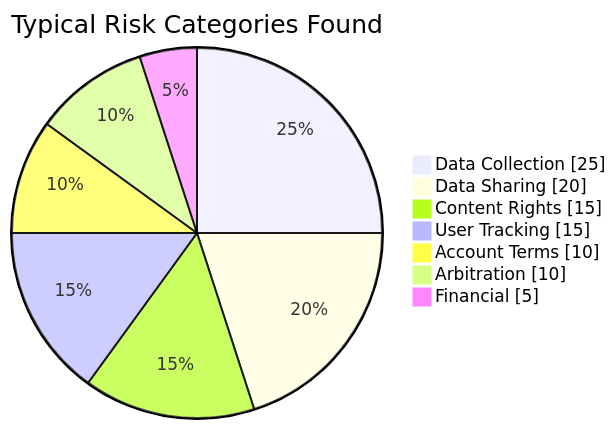
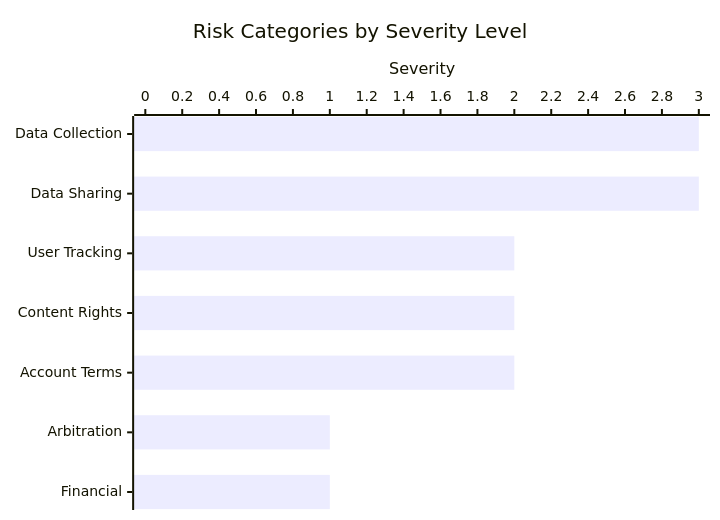
One commit to AlmazErmilov/aws-hack-prototype-terms-and-conditions-ass changed the fifth of 7 diagrams in README.md. Above: the diagram before and after it, drawn with Mermaid. The commit also changed other lines of this file and 7 other files, not shown here.

First line of the commit message:
Add privacy policy analysis and standardize schema naming

````diff
--- a/README.md
+++ b/README.md
@@ -152,11 +152,7 @@
 ```mermaid
-pie showData
-    title Typical Risk Categories Found
-    "Data Collection" : 25
-    "Data Sharing" : 20
-    "Content Rights" : 15
-    "User Tracking" : 15
-    "Account Terms" : 10
-    "Arbitration" : 10
-    "Financial" : 5
+xychart-beta horizontal
+    title "Risk Categories by Severity Level"
+    x-axis ["Data Collection", "Data Sharing", "User Tracking", "Content Rights", "Account Terms", "Arbitration", "Financial"]
+    y-axis "Severity" 0 --> 3
+    bar [3, 3, 2, 2, 2, 1, 1]
 ```
````
